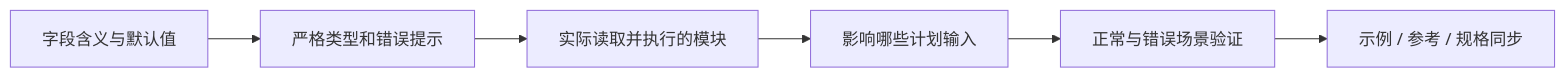
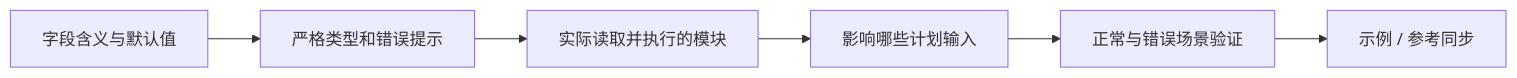
One commit to flange-build/flange changed the third of 3 diagrams in docs/maintenance-guide.md. Above: the diagram before and after it, drawn with Mermaid. The commit also changed other lines of this file and 1163 other files, not shown here.

````diff
--- a/docs/maintenance-guide.md
+++ b/docs/maintenance-guide.md
@@ -115,8 +115,8 @@
 ```mermaid
 flowchart LR
     Field[字段含义与默认值] --> Schema[严格类型和错误提示]
     Schema --> Consumer[实际读取并执行的模块]
     Consumer --> Plan[影响哪些计划输入]
     Plan --> Check[正常与错误场景验证]
-    Check --> Docs[示例 / 参考 / 规格同步]
+    Check --> Docs[示例 / 参考同步]
 ```
````
